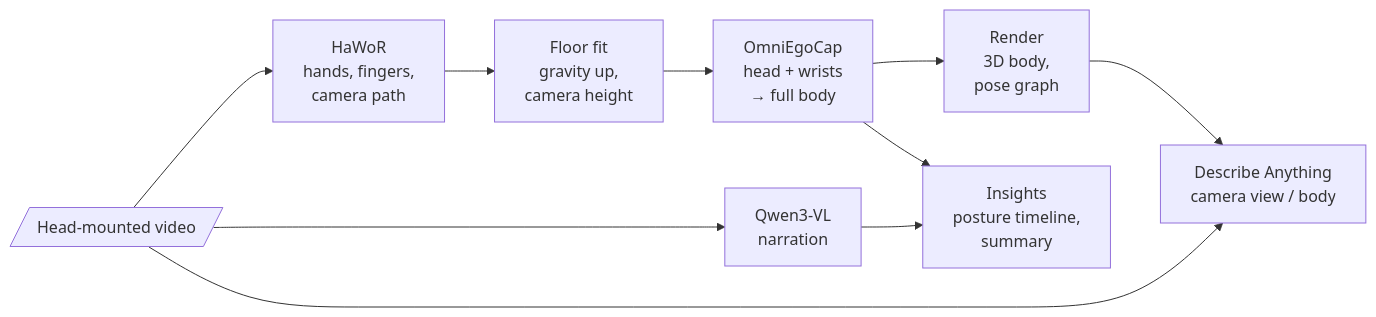
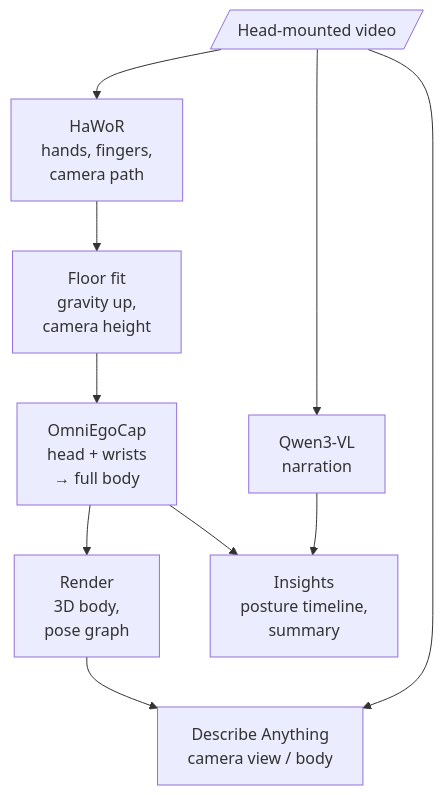
The diagram in README.md (nshreyasvi/LifeLens), drawn with Mermaid before and after one commit.

Commit message:
README: draw the pipeline top-down so it is readable on GitHub

````diff
--- a/README.md
+++ b/README.md
@@ -32,10 +32,10 @@
 ```mermaid
-flowchart LR
+flowchart TD
   V[/Head-mounted video/] --> H[HaWoR<br/>hands, fingers,<br/>camera path]
   H --> F[Floor fit<br/>gravity up,<br/>camera height]
   F --> O[OmniEgoCap<br/>head + wrists<br/>→ full body]
   O --> R[Render<br/>3D body,<br/>pose graph]
   V --> Q[Qwen3-VL<br/>narration]
   V & R --> D[Describe Anything<br/>camera view / body]
   O & Q --> I[Insights<br/>posture timeline,<br/>summary]
 ```
````
